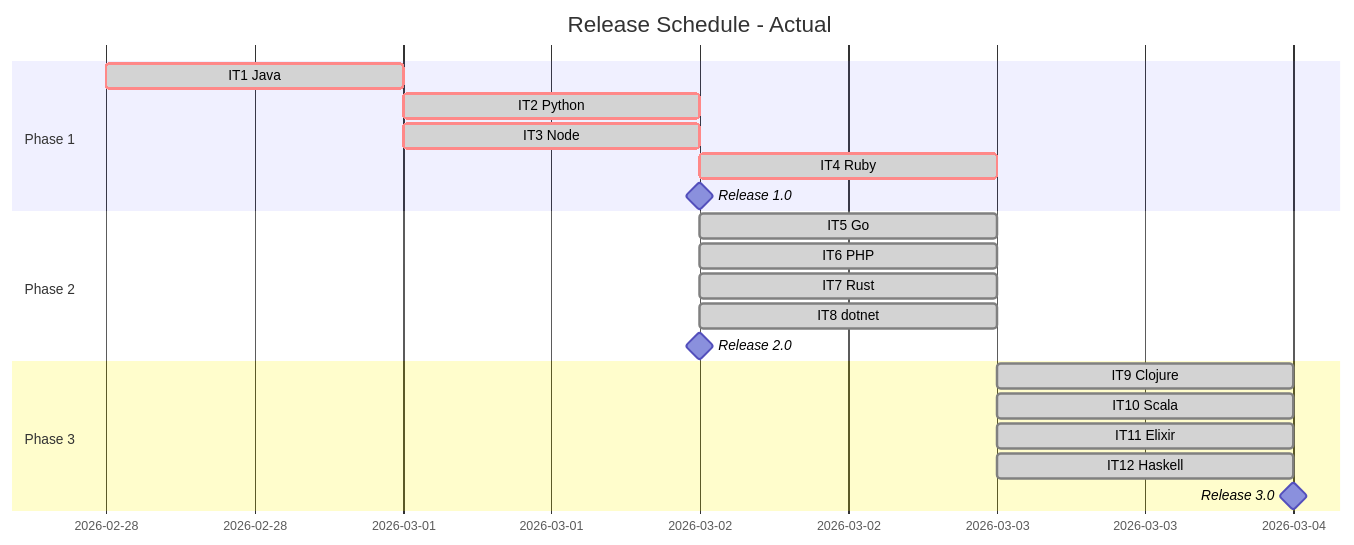
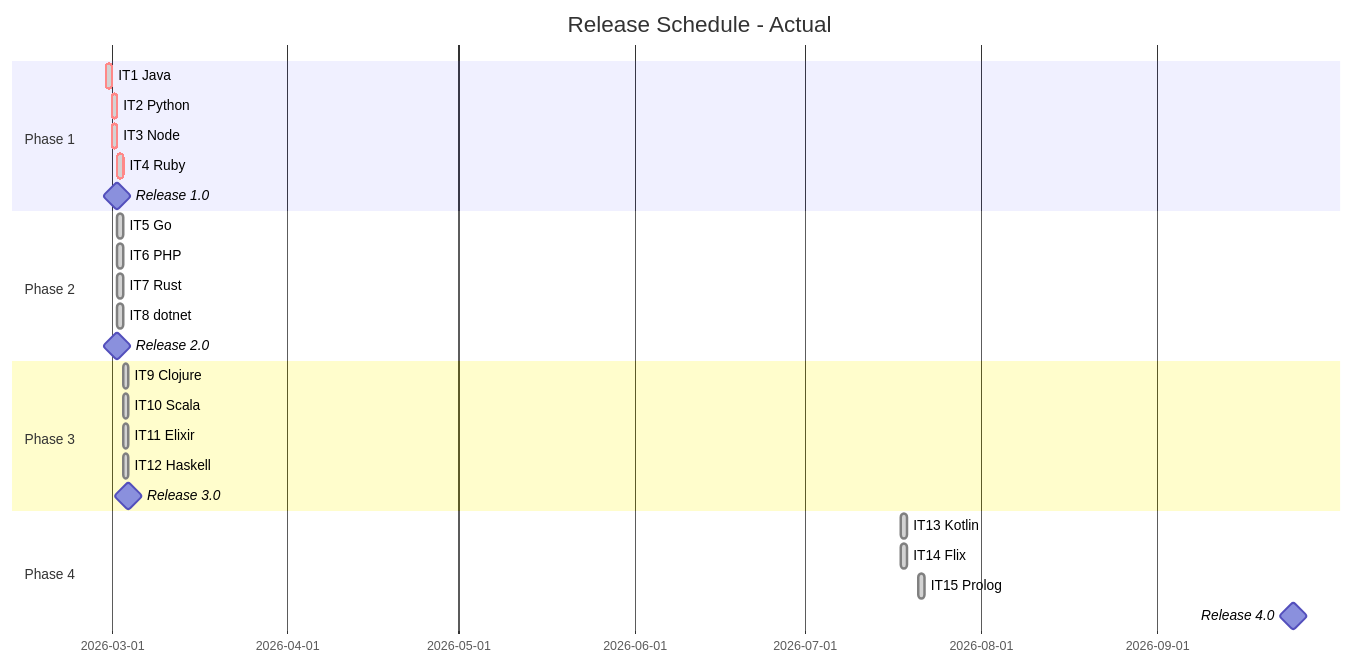
The second of 2 diagrams in docs/development/release_plan.md (k2works/getting-started-tdd), drawn with Mermaid before and after one commit. The commit also changed other lines of this file, not shown here.

First line of the commit message:
docs(plan): Phase 4（Kotlin・Flix・Prolog）をリリース計画に反映

````diff
--- a/docs/development/release_plan.md
+++ b/docs/development/release_plan.md
@@ -161,23 +174,28 @@
 ```mermaid
 gantt
     title Release Schedule - Actual
     dateFormat  YYYY-MM-DD
     section Phase 1
     IT1 Java              :done, crit, a1-1, 2026-02-28, 1d
     IT2 Python             :done, crit, a1-2, 2026-03-01, 1d
     IT3 Node               :done, crit, a1-3, 2026-03-01, 1d
     IT4 Ruby               :done, crit, a1-4, 2026-03-02, 1d
     Release 1.0            :milestone, am1, 2026-03-02, 0d
     section Phase 2
     IT5 Go                 :done, a2-1, 2026-03-02, 1d
     IT6 PHP                :done, a2-2, 2026-03-02, 1d
     IT7 Rust               :done, a2-3, 2026-03-02, 1d
     IT8 dotnet             :done, a2-4, 2026-03-02, 1d
     Release 2.0            :milestone, am2, 2026-03-02, 0d
     section Phase 3
     IT9 Clojure            :done, a3-1, 2026-03-03, 1d
     IT10 Scala             :done, a3-2, 2026-03-03, 1d
     IT11 Elixir            :done, a3-3, 2026-03-03, 1d
     IT12 Haskell           :done, a3-4, 2026-03-03, 1d
     Release 3.0            :milestone, am3, 2026-03-04, 0d
+    section Phase 4
+    IT13 Kotlin            :done, a4-1, 2026-07-18, 1d
+    IT14 Flix              :done, a4-2, 2026-07-18, 1d
+    IT15 Prolog            :done, a4-3, 2026-07-21, 1d
+    Release 4.0            :milestone, am4, 2026-09-25, 0d
 ```
````
